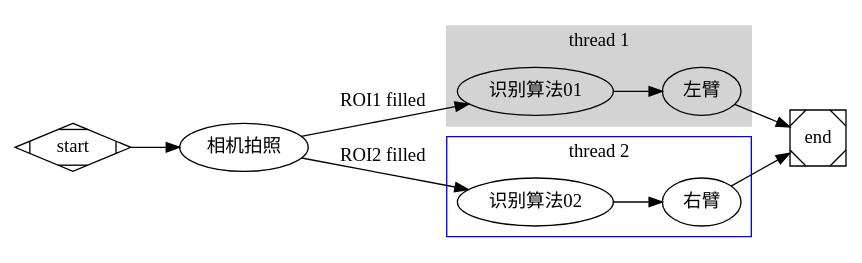
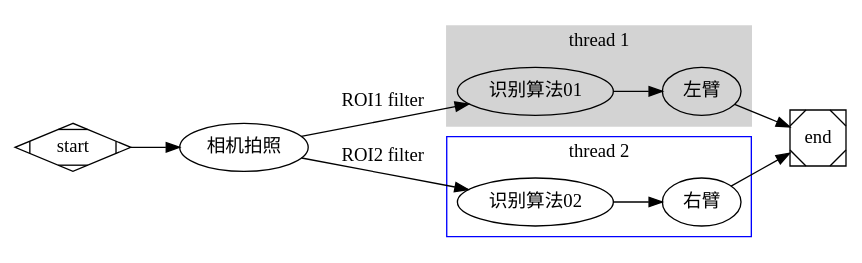
One commit to MagicalBrain/My-note. changed the diagram in 工具使用汇总/写作工具/Graphviz/dot-demo.dot. Above: the diagram before and after it, drawn with Graphviz. The commit also changed 1 other file, not shown here.

```diff
--- a/工具使用汇总/写作工具/Graphviz/dot-demo.dot
+++ b/工具使用汇总/写作工具/Graphviz/dot-demo.dot
@@ -1,36 +1,36 @@
 digraph G {
     rankdir="LR";
 
     node [fontname="SimHei"]
     
     sensor [label="相机拍照"]
     
     algo01 [label="识别算法01"]
     algo02 [label="识别算法02"]
     
     robot01 [label="左臂"]
     robot02 [label="右臂"]
     
     subgraph cluster_0 {
         style=filled;
         color=lightgrey;
         node [style=filled,color=white];
         algo01-> robot01;
         label = "thread 1";
     }
 
     subgraph cluster_1 {
         node [style=filled];
         algo02 -> robot02;
         label = "thread 2";
         color=blue
     }
     start -> sensor;
-    sensor -> algo01[label="ROI1 filled"];
-    sensor -> algo02[label="ROI2 filled"];
+    sensor -> algo01[label="ROI1 filter"];
+    sensor -> algo02[label="ROI2 filter"];
     robot01 -> end;
     robot02 -> end;
 
     start [shape=Mdiamond];
     end [shape=Msquare];
 }
```
